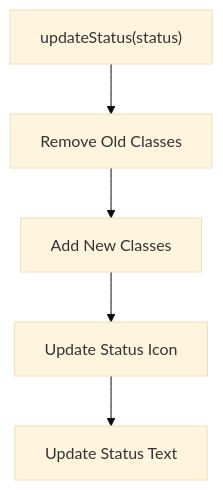
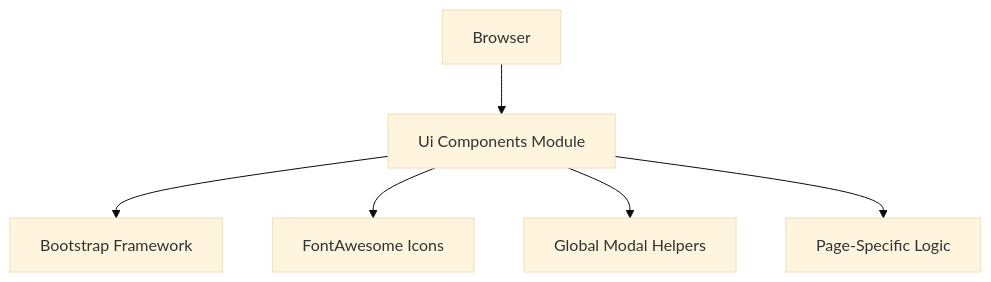
The sixth of 7 diagrams in docs/reference/architecture/ui-components/ui-components.md (Ylianst/MeshCentral), drawn with Mermaid (base theme) before and after one commit. The commit also changed other lines of this file and 642 other files, not shown here.

````diff
--- a/docs/reference/architecture/ui-components/ui-components.md
+++ b/docs/reference/architecture/ui-components/ui-components.md
@@ -189,7 +261,8 @@
 ```mermaid
 flowchart TD
-    UpdateCall["updateStatus(status)"] --> RemoveOld["Remove Old Classes"]
-    RemoveOld --> AddNew["Add New Classes"]
-    AddNew --> UpdateIcon["Update Status Icon"]
-    UpdateIcon --> UpdateText["Update Status Text"]
+    Browser["Browser"] --> UiComponents["Ui Components Module"]
+    UiComponents --> Bootstrap["Bootstrap Framework"]
+    UiComponents --> FontAwesome["FontAwesome Icons"]
+    UiComponents --> GlobalHelpers["Global Modal Helpers"]
+    UiComponents --> PageLogic["Page-Specific Logic"]
 ```
````
